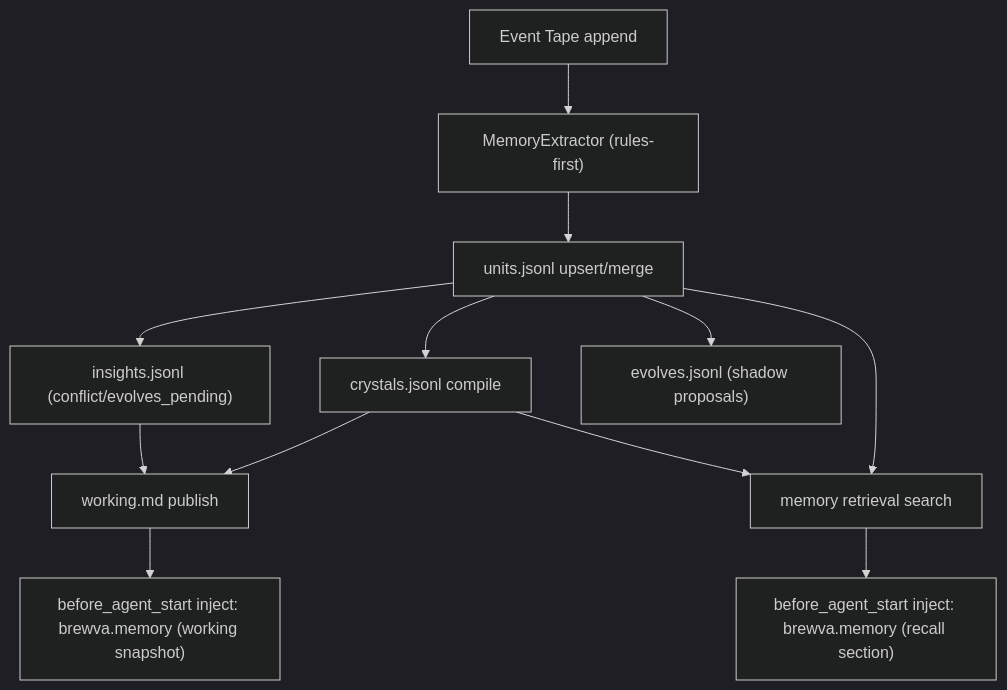
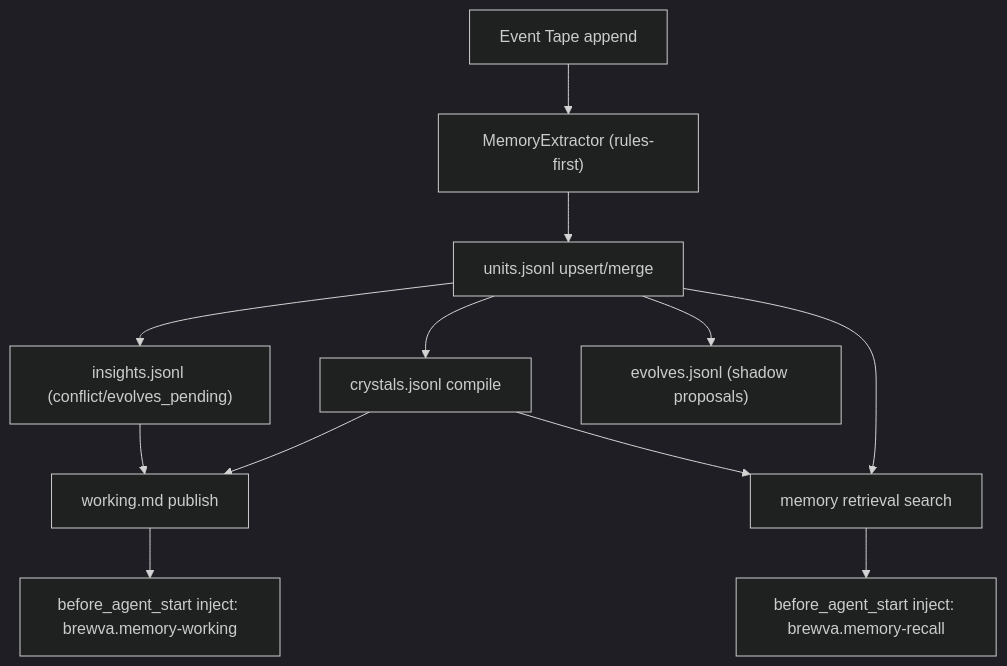
The fourth of 6 diagrams in docs/architecture/control-and-data-flow.md (arcthur/brewva), drawn with Mermaid (dark theme) before and after one commit. The commit also changed 32 other files, not shown here.

````diff
--- a/docs/architecture/control-and-data-flow.md
+++ b/docs/architecture/control-and-data-flow.md
@@ -85,14 +85,14 @@
 ```mermaid
 flowchart TD
   EVT["Event Tape append"] --> EX["MemoryExtractor (rules-first)"]
   EX --> U["units.jsonl upsert/merge"]
   U --> C["crystals.jsonl compile"]
   U --> I["insights.jsonl (conflict/evolves_pending)"]
   U --> E["evolves.jsonl (shadow proposals)"]
   C --> W["working.md publish"]
   I --> W
-  W --> INJ["before_agent_start inject: brewva.memory (working snapshot)"]
+  W --> INJ["before_agent_start inject: brewva.memory-working"]
   U --> R["memory retrieval search"]
   C --> R
-  R --> INJ2["before_agent_start inject: brewva.memory (recall section)"]
+  R --> INJ2["before_agent_start inject: brewva.memory-recall"]
 ```
````
